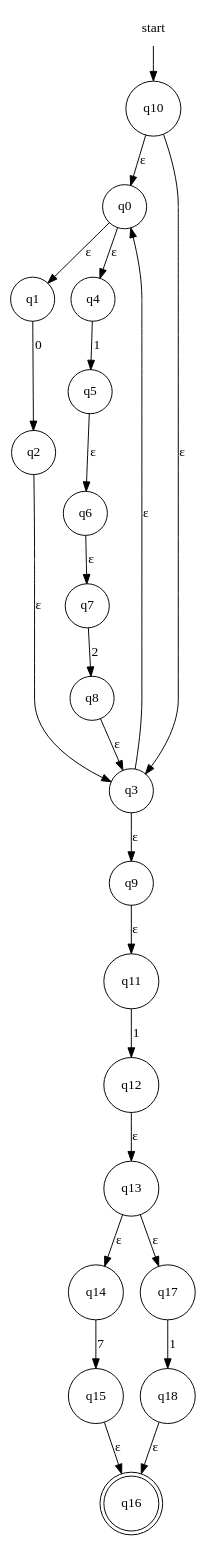
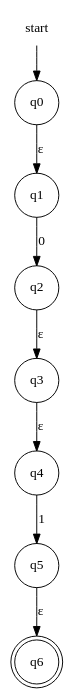
Before and after one commit to evertheylen/TA_TO: the diagram in fase1/RE-eNFA/regex_1.dot, drawn with Graphviz. The commit also changed 12 other files, not shown here.

```diff
--- a/fase1/RE-eNFA/regex_1.dot
+++ b/fase1/RE-eNFA/regex_1.dot
@@ -1,28 +1,12 @@
 digraph automaton {
     node [shape=none]; start;
-    node [shape=doublecircle]; "q16";
+    node [shape=doublecircle]; "q6";
     node [shape=circle];
-    start -> "q10";
+    start -> "q0";
     "q0" -> "q1" [label="&epsilon;"];
-    "q0" -> "q4" [label="&epsilon;"];
     "q1" -> "q2" [label="0"];
     "q2" -> "q3" [label="&epsilon;"];
-    "q3" -> "q0" [label="&epsilon;"];
-    "q3" -> "q9" [label="&epsilon;"];
+    "q3" -> "q4" [label="&epsilon;"];
     "q4" -> "q5" [label="1"];
     "q5" -> "q6" [label="&epsilon;"];
-    "q6" -> "q7" [label="&epsilon;"];
-    "q7" -> "q8" [label="2"];
-    "q8" -> "q3" [label="&epsilon;"];
-    "q9" -> "q11" [label="&epsilon;"];
-    "q10" -> "q0" [label="&epsilon;"];
-    "q10" -> "q3" [label="&epsilon;"];
-    "q11" -> "q12" [label="1"];
-    "q12" -> "q13" [label="&epsilon;"];
-    "q13" -> "q14" [label="&epsilon;"];
-    "q13" -> "q17" [label="&epsilon;"];
-    "q14" -> "q15" [label="7"];
-    "q15" -> "q16" [label="&epsilon;"];
-    "q17" -> "q18" [label="1"];
-    "q18" -> "q16" [label="&epsilon;"];
 }
```
